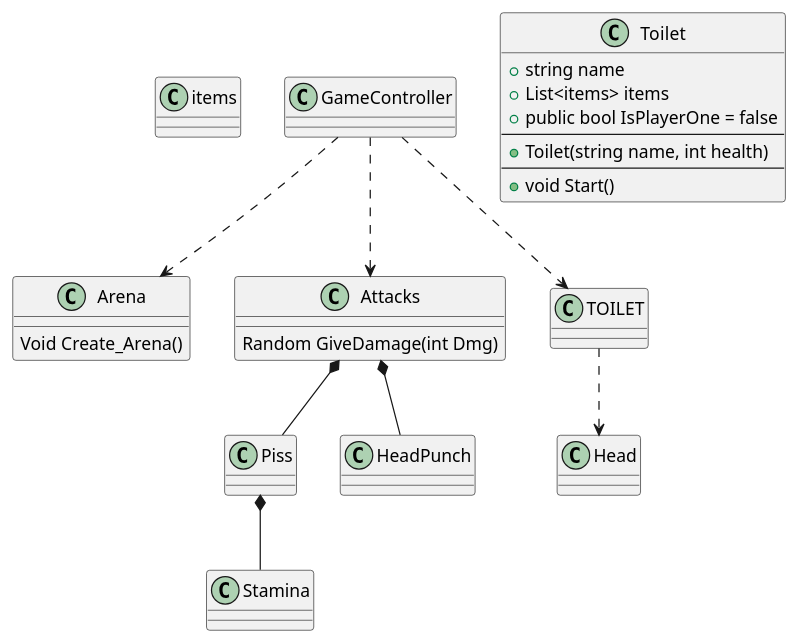
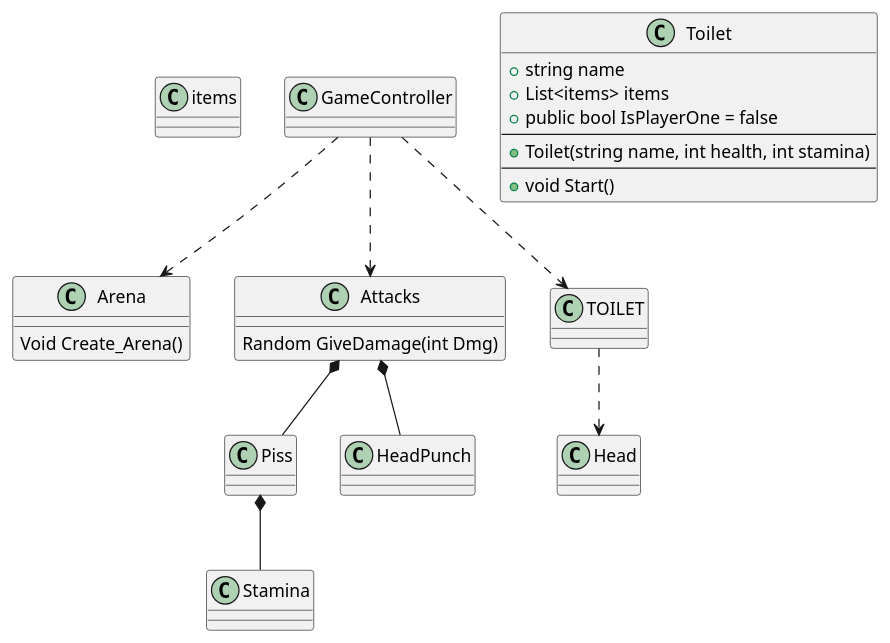
The diagram in Krav.puml (Y0S3FXD/Skibidi-Toilet-Fighter), drawn with PlantUML before and after one commit. The commit also changed 13 other files, not shown here.

```diff
--- a/Krav.puml
+++ b/Krav.puml
@@ -1,42 +1,42 @@
 @startuml
 class items{}
 class GameController{
     
 }
 
 class Toilet{
     + string name
     + List<items> items
     + public bool IsPlayerOne = false
     --
-    + Toilet(string name, int health)
+    + Toilet(string name, int health, int stamina)
     --
     + void Start()
 }
 
 class Piss{
 }
 
 class Head{
 
 }
 Class HeadPunch{
 }
 
 class Arena{
     Void Create_Arena()
 }
 class Attacks{
  Random GiveDamage(int Dmg)
 }
 class Stamina{
 
 }
 Piss *-- Stamina
 Attacks *--  Piss
 Attacks *--  HeadPunch
 GameController ..> Attacks
 GameController ..> Arena
 GameController ..> TOILET
 TOILET ..> Head
 @enduml
```
